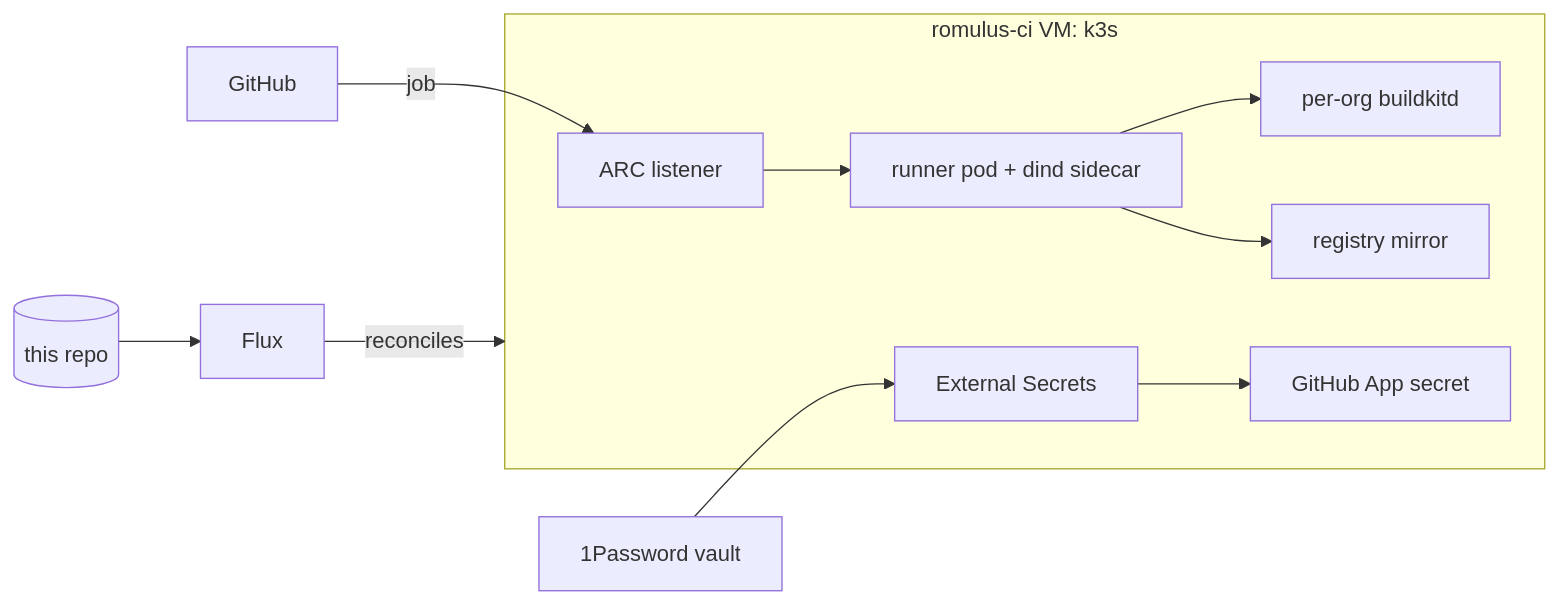
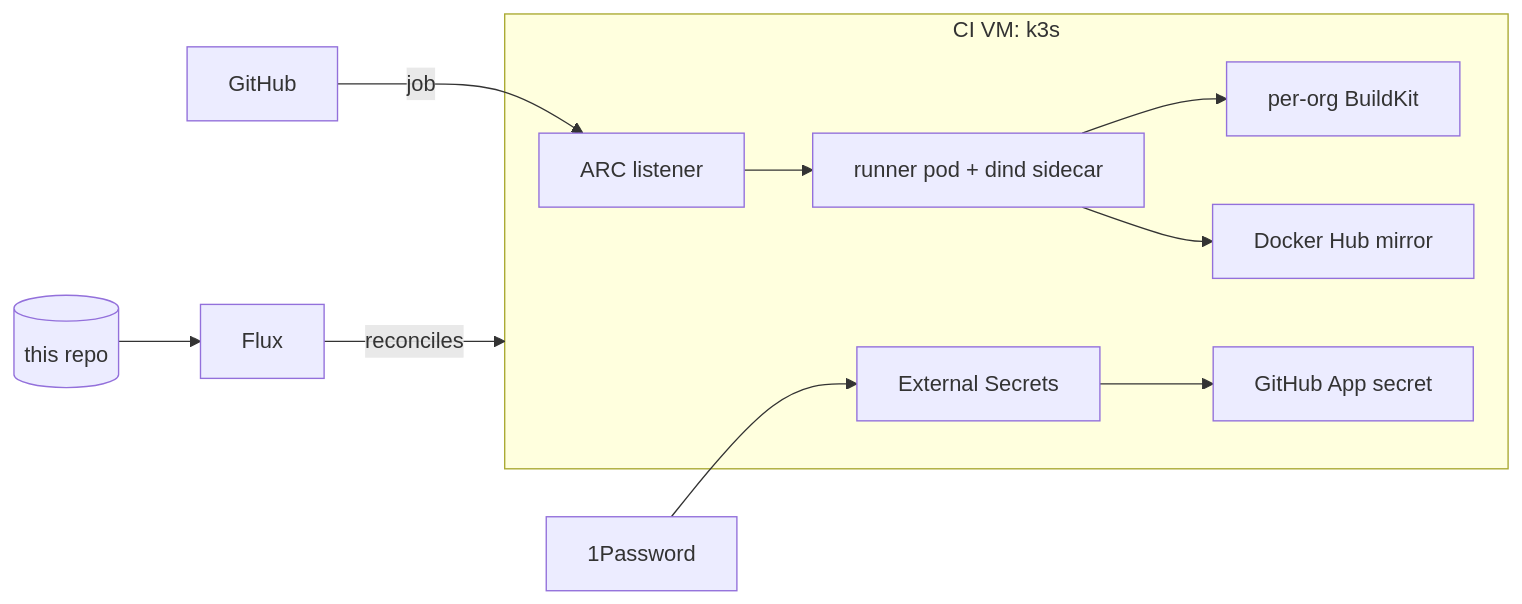
Before and after one commit to somatczk/romulus: the diagram in README.md, drawn with Mermaid. The commit also changed other lines of this file, not shown here.

````diff
--- a/README.md
+++ b/README.md
@@ -43,13 +55,13 @@
 ```mermaid
 flowchart LR
   gh[GitHub] -- job --> listener[ARC listener]
-  subgraph vm[romulus-ci VM: k3s]
+  subgraph vm[CI VM: k3s]
     listener --> pod[runner pod + dind sidecar]
-    pod --> bk[per-org buildkitd]
-    pod --> mirror[registry mirror]
+    pod --> bk[per-org BuildKit]
+    pod --> mirror[Docker Hub mirror]
     eso[External Secrets] --> secret[GitHub App secret]
   end
-  op[1Password vault] --> eso
+  op[1Password] --> eso
   flux[Flux] -- reconciles --> vm
   repo[(this repo)] --> flux
 ```
````
